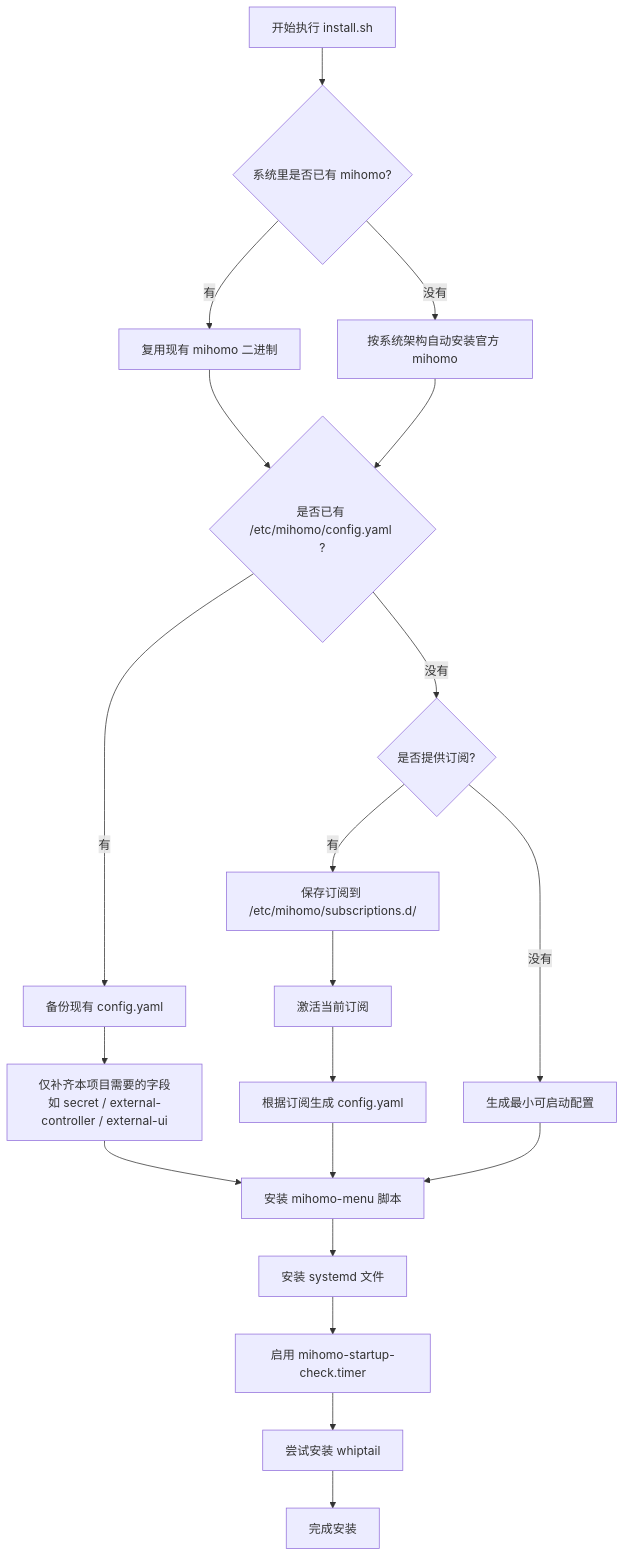
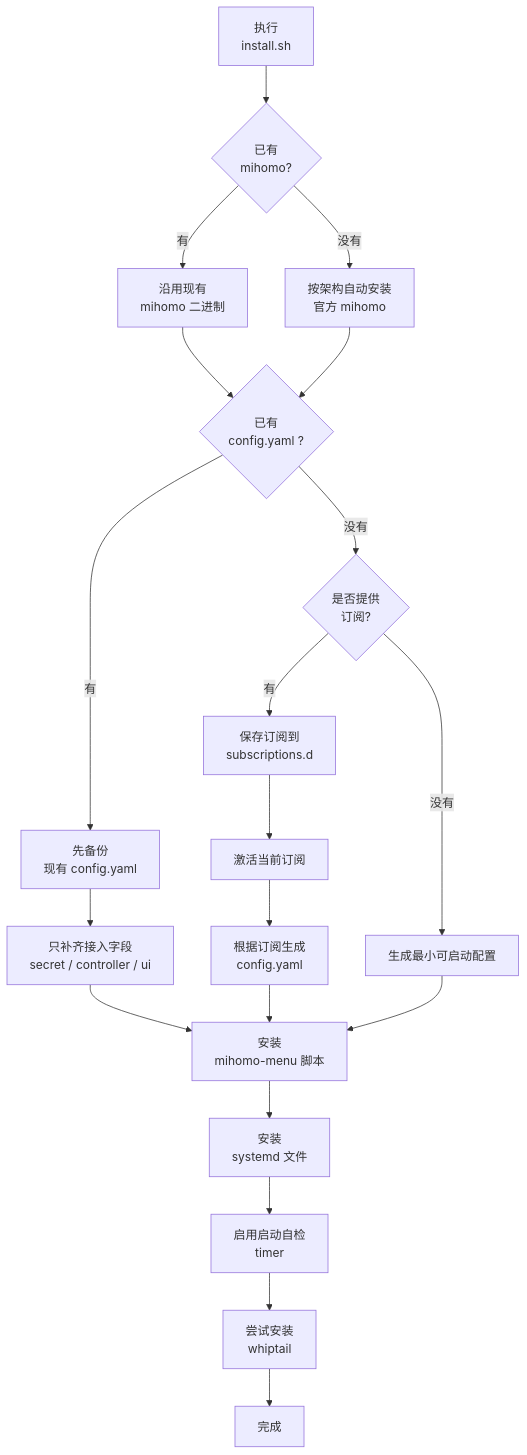
Before and after one commit to sunset-move/mihomo-menu: the diagram in README.md, drawn with Mermaid. The commit also changed 1 other file, not shown here.

Commit message:
优化 README 流程图显示效果

````diff
--- a/README.md
+++ b/README.md
@@ -124,27 +124,27 @@
 ```mermaid
 flowchart TD
-    A["开始执行 install.sh"] --> B{"系统里是否已有 mihomo?"}
-    B -- "有" --> C["复用现有 mihomo 二进制"]
-    B -- "没有" --> D["按系统架构自动安装官方 mihomo"]
+    A["执行<br/>install.sh"] --> B{"已有<br/>mihomo?"}
+    B -- "有" --> C["沿用现有<br/>mihomo 二进制"]
+    B -- "没有" --> D["按架构自动安装<br/>官方 mihomo"]
 
-    C --> E{"是否已有 /etc/mihomo/config.yaml ?"}
+    C --> E{"已有<br/>config.yaml ?"}
     D --> E
 
-    E -- "有" --> F["备份现有 config.yaml"]
-    F --> G["仅补齐本项目需要的字段<br/>如 secret / external-controller / external-ui"]
+    E -- "有" --> F["先备份<br/>现有 config.yaml"]
+    F --> G["只补齐接入字段<br/>secret / controller / ui"]
 
-    E -- "没有" --> H{"是否提供订阅?"}
-    H -- "有" --> I["保存订阅到 /etc/mihomo/subscriptions.d/"]
+    E -- "没有" --> H{"是否提供<br/>订阅?"}
+    H -- "有" --> I["保存订阅到<br/>subscriptions.d"]
     I --> J["激活当前订阅"]
-    J --> K["根据订阅生成 config.yaml"]
+    J --> K["根据订阅生成<br/>config.yaml"]
     H -- "没有" --> L["生成最小可启动配置"]
 
-    G --> M["安装 mihomo-menu 脚本"]
+    G --> M["安装<br/>mihomo-menu 脚本"]
     K --> M
     L --> M
 
-    M --> N["安装 systemd 文件"]
-    N --> O["启用 mihomo-startup-check.timer"]
-    O --> P["尝试安装 whiptail"]
-    P --> Q["完成安装"]
+    M --> N["安装<br/>systemd 文件"]
+    N --> O["启用启动自检<br/>timer"]
+    O --> P["尝试安装<br/>whiptail"]
+    P --> Q["完成"]
 ```
````
